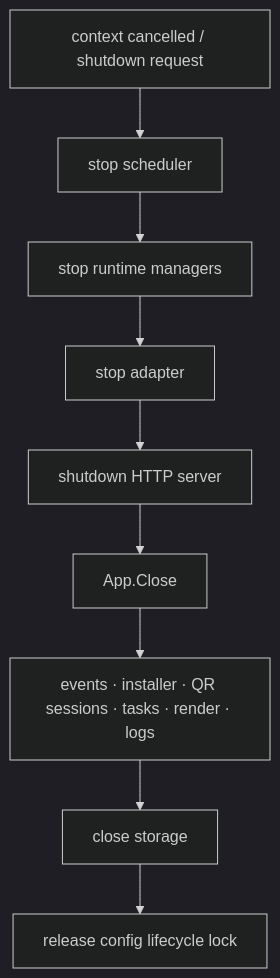
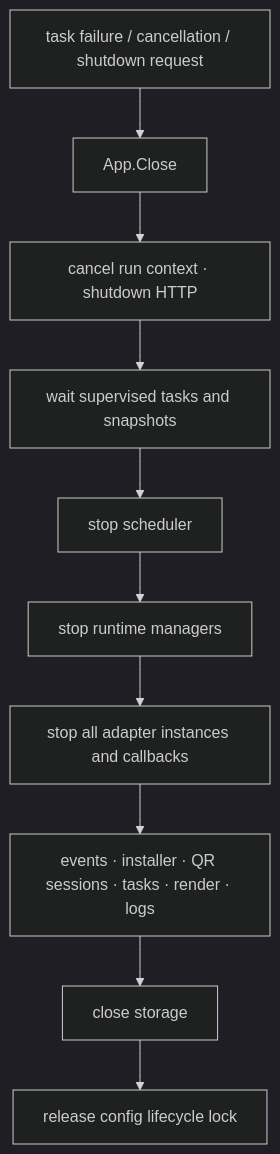
Before and after one commit to RayleaBot/RayleaBot: the second of 2 diagrams in docs/architecture/server-lifecycle.md, drawn with Mermaid (dark theme). The commit also changed other lines of this file and 20 other files, not shown here.

````diff
--- a/docs/architecture/server-lifecycle.md
+++ b/docs/architecture/server-lifecycle.md
@@ -35,11 +38,12 @@
 ```mermaid
 flowchart TD
-  signal["context cancelled / shutdown request"] --> scheduler["stop scheduler"]
+  signal["task failure / cancellation / shutdown request"] --> close["App.Close"]
+  close --> http["cancel run context · shutdown HTTP"]
+  http --> workers["wait supervised tasks and snapshots"]
+  workers --> scheduler["stop scheduler"]
   scheduler --> plugins["stop runtime managers"]
-  plugins --> adapter["stop adapter"]
-  adapter --> http["shutdown HTTP server"]
-  http --> close["App.Close"]
-  close --> services["events · installer · QR sessions · tasks · render · logs"]
+  plugins --> adapter["stop all adapter instances and callbacks"]
+  adapter --> services["events · installer · QR sessions · tasks · render · logs"]
   services --> storage["close storage"]
   storage --> lock["release config lifecycle lock"]
 ```
````
